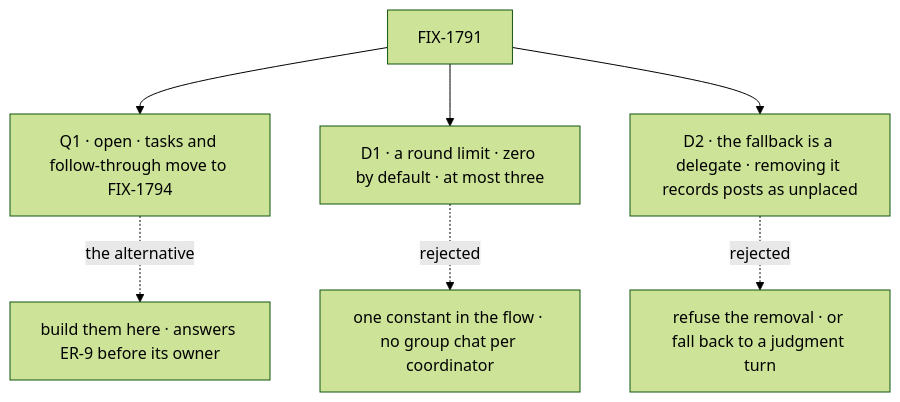
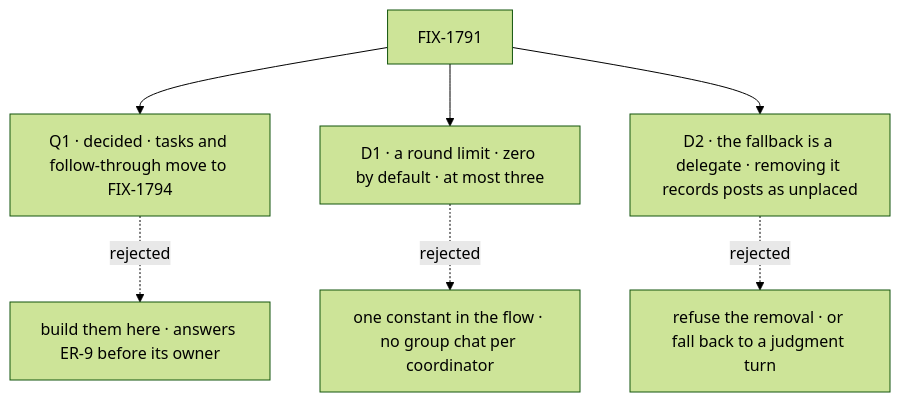
Before and after one commit to fixpoint-labs/flow-state-dev: the diagram in specs/issues/FIX-1791/DECISIONS.md, drawn with Mermaid (forest theme). The commit also changed other lines of this file and 18 other files, not shown here.

````diff
--- a/specs/issues/FIX-1791/DECISIONS.md
+++ b/specs/issues/FIX-1791/DECISIONS.md
@@ -12,9 +13,9 @@
 ```mermaid
 flowchart TD
-  I["FIX-1791"] --> Q1["Q1 · open · tasks and follow-through move to FIX-1794"]
-  Q1 -.->|"the alternative"| X0["build them here · answers ER-9 before its owner"]
+  I["FIX-1791"] --> Q1["Q1 · decided · tasks and follow-through move to FIX-1794"]
+  Q1 -.->|"rejected"| X0["build them here · answers ER-9 before its owner"]
   I --> D1["D1 · a round limit · zero by default · at most three"]
   D1 -.->|"rejected"| X1["one constant in the flow · no group chat per coordinator"]
   I --> D2["D2 · the fallback is a delegate · removing it records posts as unplaced"]
   D2 -.->|"rejected"| X2["refuse the removal · or fall back to a judgment turn"]
 ```
````
